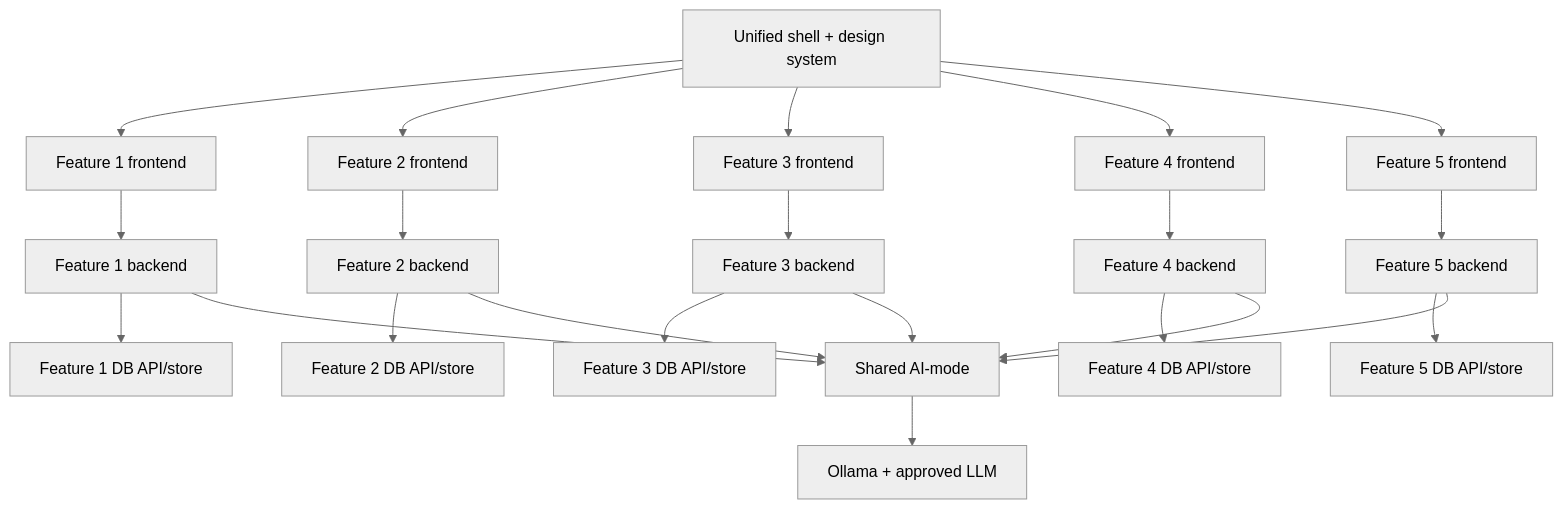
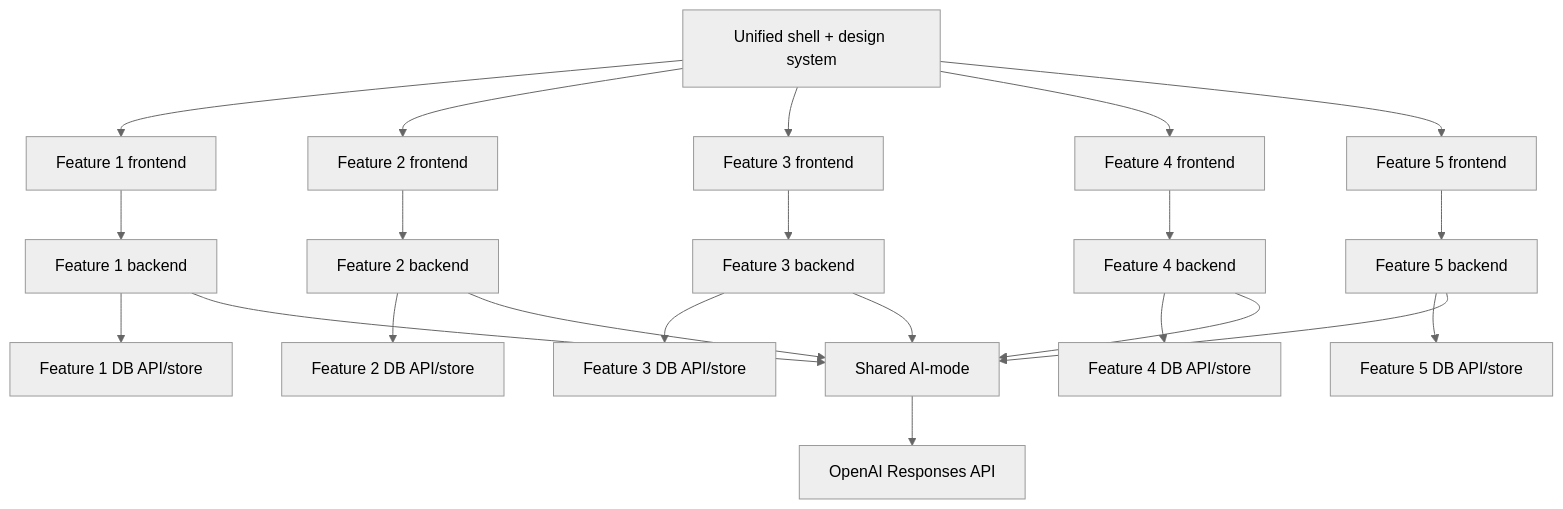
The first of 3 diagrams in docs/design/06-release-roadmap-and-assessment.md (MattShelton04/41026ASDProject), drawn with Mermaid (neutral theme) before and after one commit. The commit also changed other lines of this file and 44 other files, not shown here.

````diff
--- a/docs/design/06-release-roadmap-and-assessment.md
+++ b/docs/design/06-release-roadmap-and-assessment.md
@@ -38,21 +38,21 @@
 ```mermaid
 flowchart TB
   Shell[Unified shell + design system] --> F1[Feature 1 frontend]
   Shell --> F2[Feature 2 frontend]
   Shell --> F3[Feature 3 frontend]
   Shell --> F4[Feature 4 frontend]
   Shell --> F5[Feature 5 frontend]
 
   F1 --> B1[Feature 1 backend] --> D1[Feature 1 DB API/store]
   F2 --> B2[Feature 2 backend] --> D2[Feature 2 DB API/store]
   F3 --> B3[Feature 3 backend] --> D3[Feature 3 DB API/store]
   F4 --> B4[Feature 4 backend] --> D4[Feature 4 DB API/store]
   F5 --> B5[Feature 5 backend] --> D5[Feature 5 DB API/store]
 
   B1 --> AI[Shared AI-mode]
   B2 --> AI
   B3 --> AI
   B4 --> AI
   B5 --> AI
-  AI --> Ollama[Ollama + approved LLM]
+  AI --> OpenAI[OpenAI Responses API]
 ```
````
